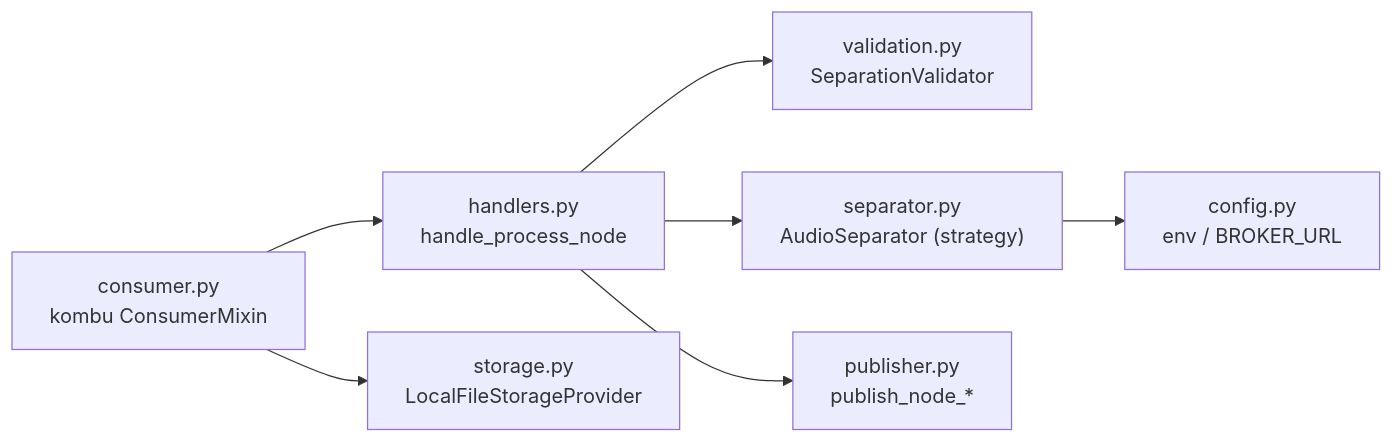
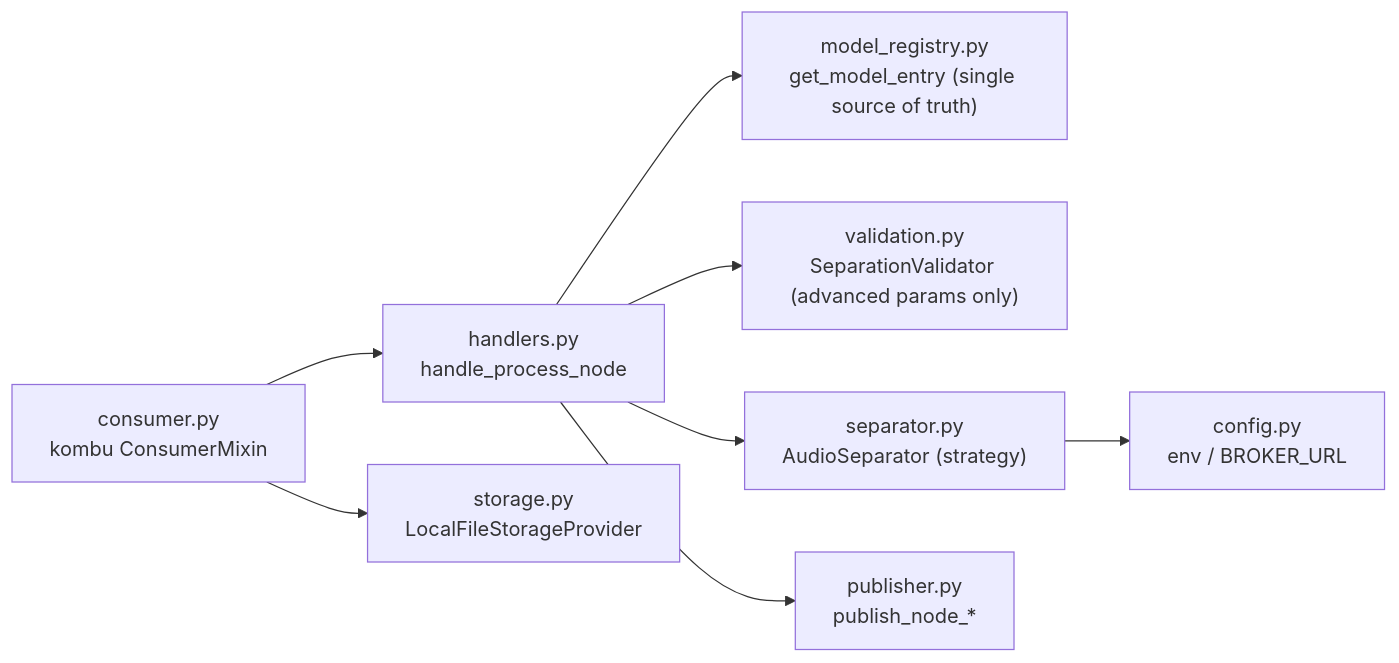
Before and after one commit to KaremSfar/fluent-audio-split: the first of 3 diagrams in src/audio-separation-worker/README.md, drawn with Mermaid. The commit also changed other lines of this file and 10 other files, not shown here.

````diff
--- a/src/audio-separation-worker/README.md
+++ b/src/audio-separation-worker/README.md
@@ -12,9 +12,10 @@
 ```mermaid
 flowchart LR
   consumer["consumer.py<br/>kombu ConsumerMixin"] --> handlers["handlers.py<br/>handle_process_node"]
-  handlers --> validation["validation.py<br/>SeparationValidator"]
+  handlers --> registry["model_registry.py<br/>get_model_entry (single source of truth)"]
+  handlers --> validation["validation.py<br/>SeparationValidator (advanced params only)"]
   handlers --> separator["separator.py<br/>AudioSeparator (strategy)"]
   handlers --> publisher["publisher.py<br/>publish_node_*"]
   separator --> config["config.py<br/>env / BROKER_URL"]
   consumer --> storage["storage.py<br/>LocalFileStorageProvider"]
 ```
````
